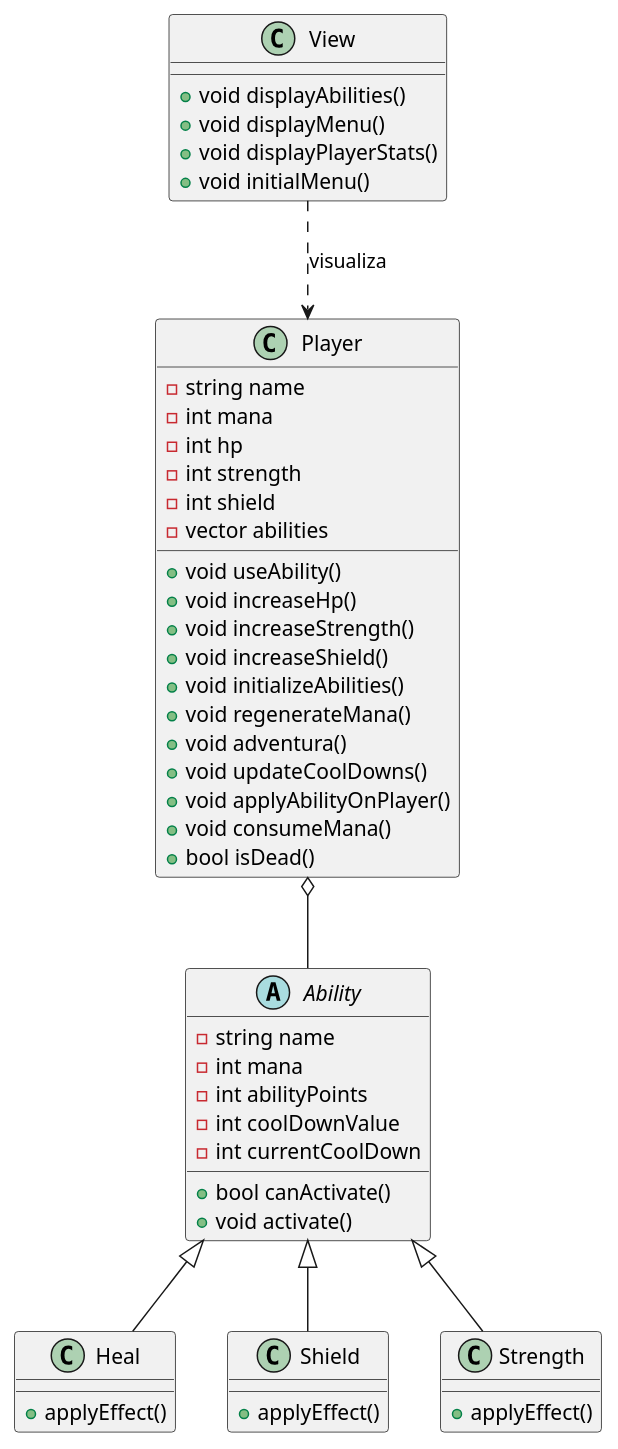
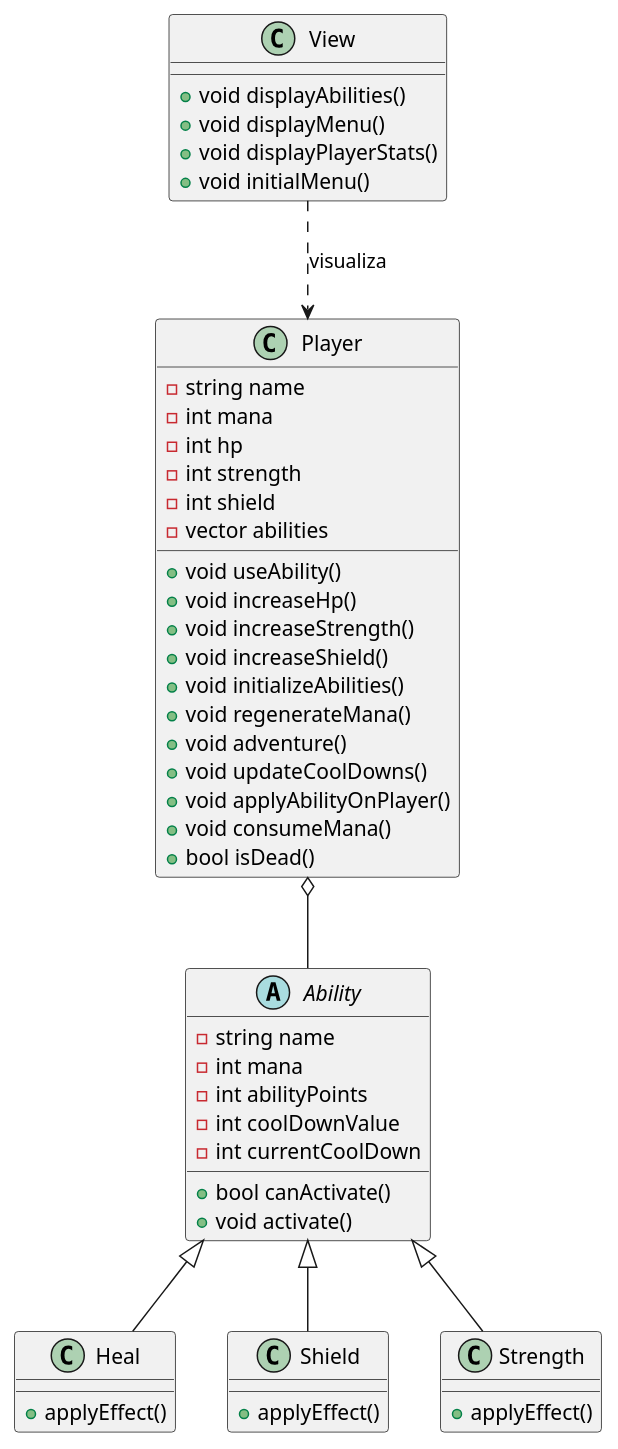
Before and after one commit to Gustavo-Valadares/OOS-Trabalho-Tecnico-Estagio: the diagram in skill-system/diagram.puml, drawn with PlantUML. The commit also changed 2 other files, not shown here.

```diff
--- a/skill-system/diagram.puml
+++ b/skill-system/diagram.puml
@@ -1,64 +1,64 @@
 @startuml SkillSystem
 
 abstract class Ability {
     -string name
     -int mana
     -int abilityPoints
     -int coolDownValue
     -int currentCoolDown
 
     + bool canActivate()
     + void activate()
 }
 
 class Heal {
     + applyEffect() 
 }
 
 class Shield {
     + applyEffect() 
 }
 
 class Strength {
     + applyEffect() 
 }
 
 class Player {
     - string name
     - int mana
     - int hp
     - int strength
     - int shield
     - vector abilities
 
     + void useAbility()
     + void increaseHp()
     + void increaseStrength()
     + void increaseShield()
     + void initializeAbilities()
     + void regenerateMana()
-    + void adventura()
+    + void adventure()
     + void updateCoolDowns()
     + void applyAbilityOnPlayer()
     + void consumeMana()
     + bool isDead()
 
 }
 
 class View {
     + void displayAbilities()
     + void displayMenu()
     + void displayPlayerStats()
     + void initialMenu()
 
 }
 
 ' Relacionamentos baseados na estrutura de arquivos
 Ability <|-- Heal
 Ability <|-- Shield
 Ability <|-- Strength
 
 Player o-- Ability
 View ..> Player : "visualiza"
 
 @enduml
```
